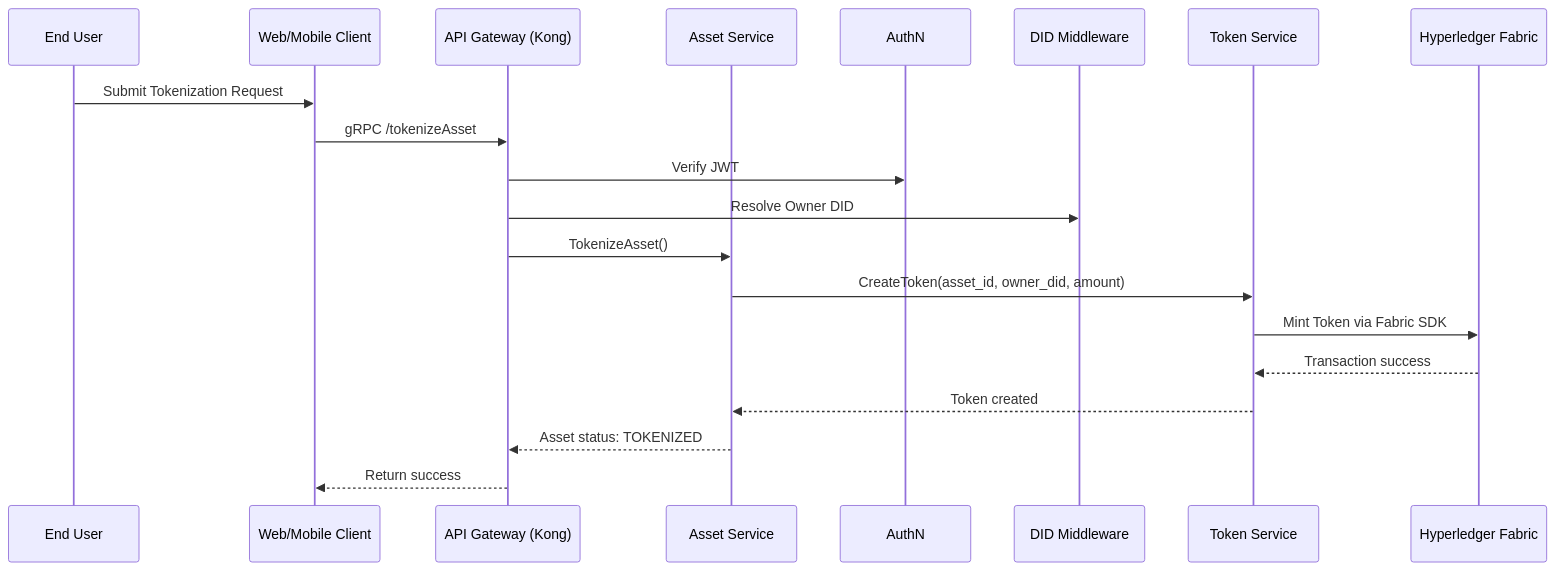
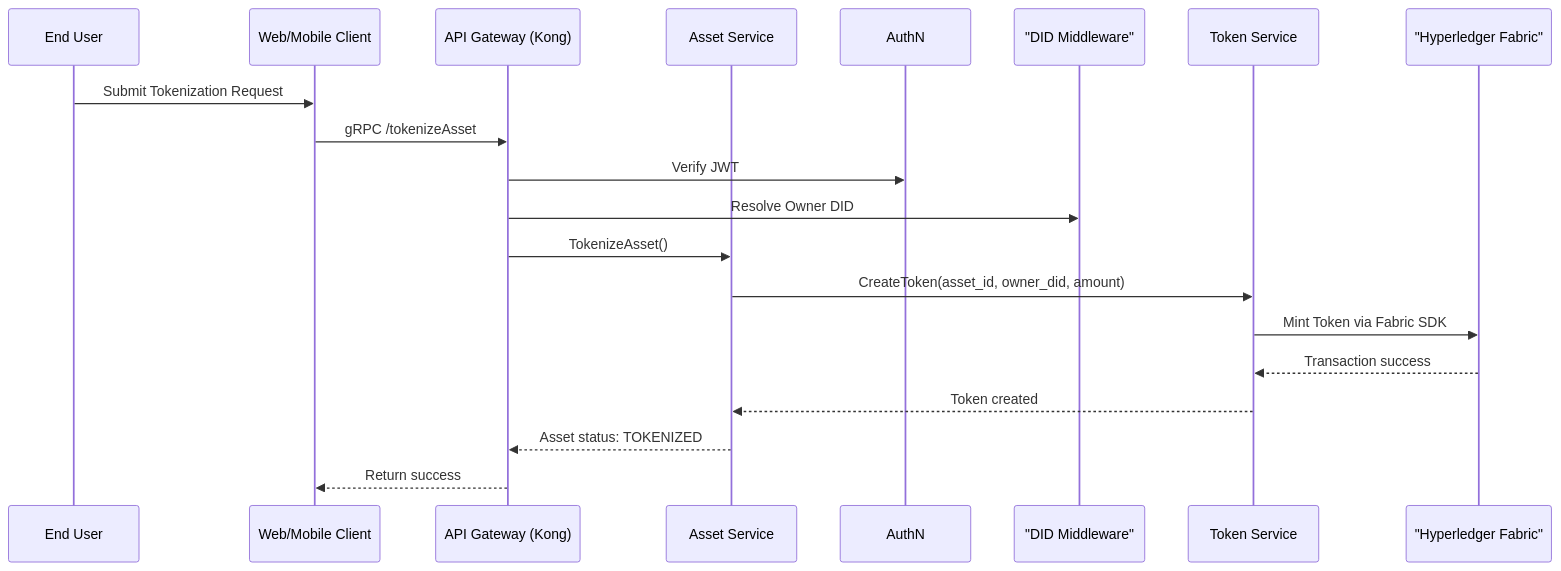
One commit to metafi-blockchain/metafi-digital-assets-service changed the second of 3 diagrams in docs/architecture-design.en.md. Above: the diagram before and after it, drawn with Mermaid. The commit also changed other lines of this file, not shown here.

````diff
--- a/docs/architecture-design.en.md
+++ b/docs/architecture-design.en.md
@@ -152,23 +151,23 @@
 ```mermaid
 sequenceDiagram
     participant User as End User
     participant Web as Web/Mobile Client
     participant Gateway as API Gateway (Kong)
     participant Asset as Asset Service
     participant AuthN as AuthN
-    participant DID as DID Middleware
+    participant DID as "DID Middleware"
     participant Token as Token Service
-    participant Fabric as Hyperledger Fabric
+    participant Fabric as "Hyperledger Fabric"
 
     User->>Web: Submit Tokenization Request
     Web->>Gateway: gRPC /tokenizeAsset
     Gateway->>AuthN: Verify JWT
     Gateway->>DID: Resolve Owner DID
     Gateway->>Asset: TokenizeAsset()
     Asset->>Token: CreateToken(asset_id, owner_did, amount)
     Token->>Fabric: Mint Token via Fabric SDK
     Fabric-->>Token: Transaction success
     Token-->>Asset: Token created
     Asset-->>Gateway: Asset status: TOKENIZED
     Gateway-->>Web: Return success
 ```
````
